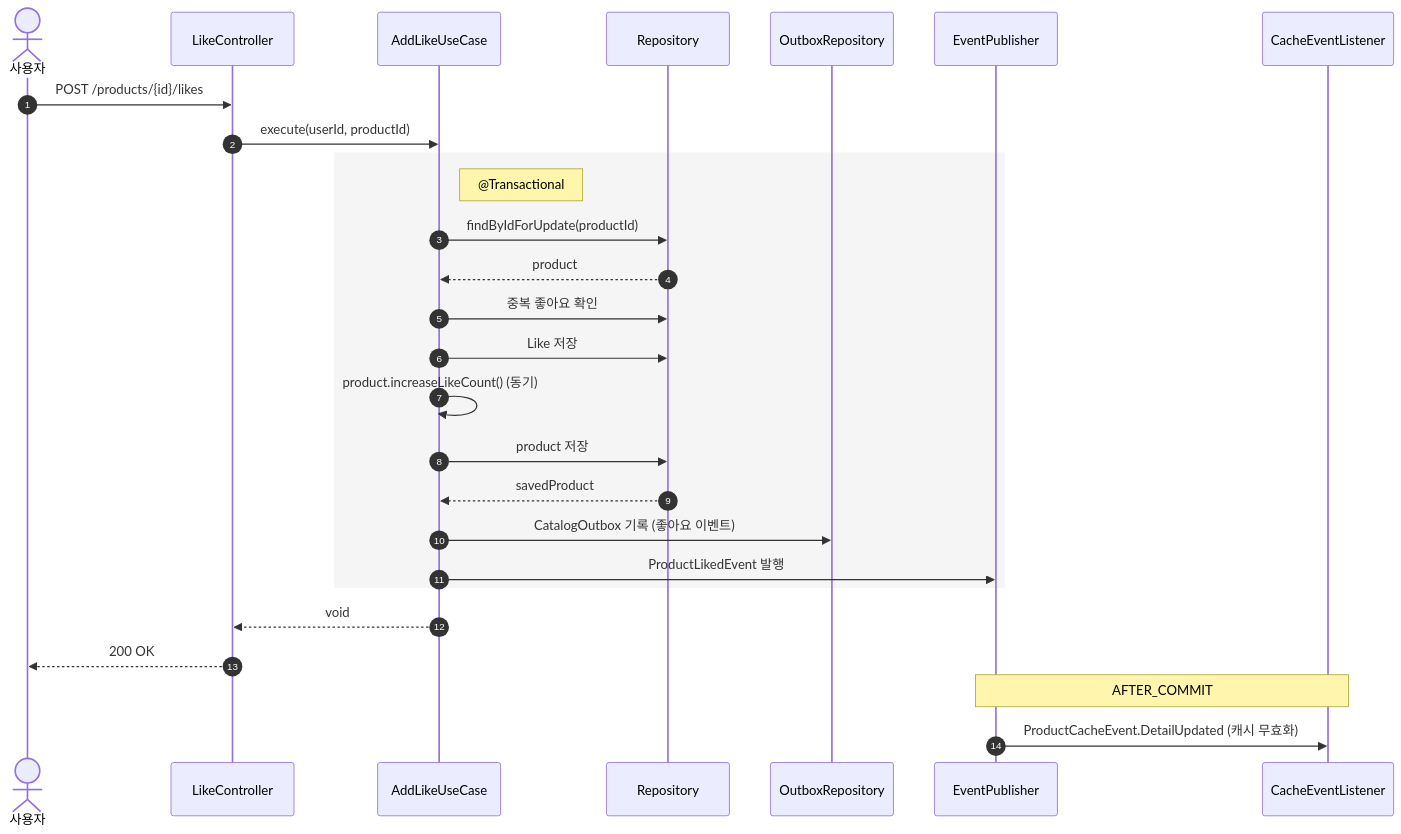
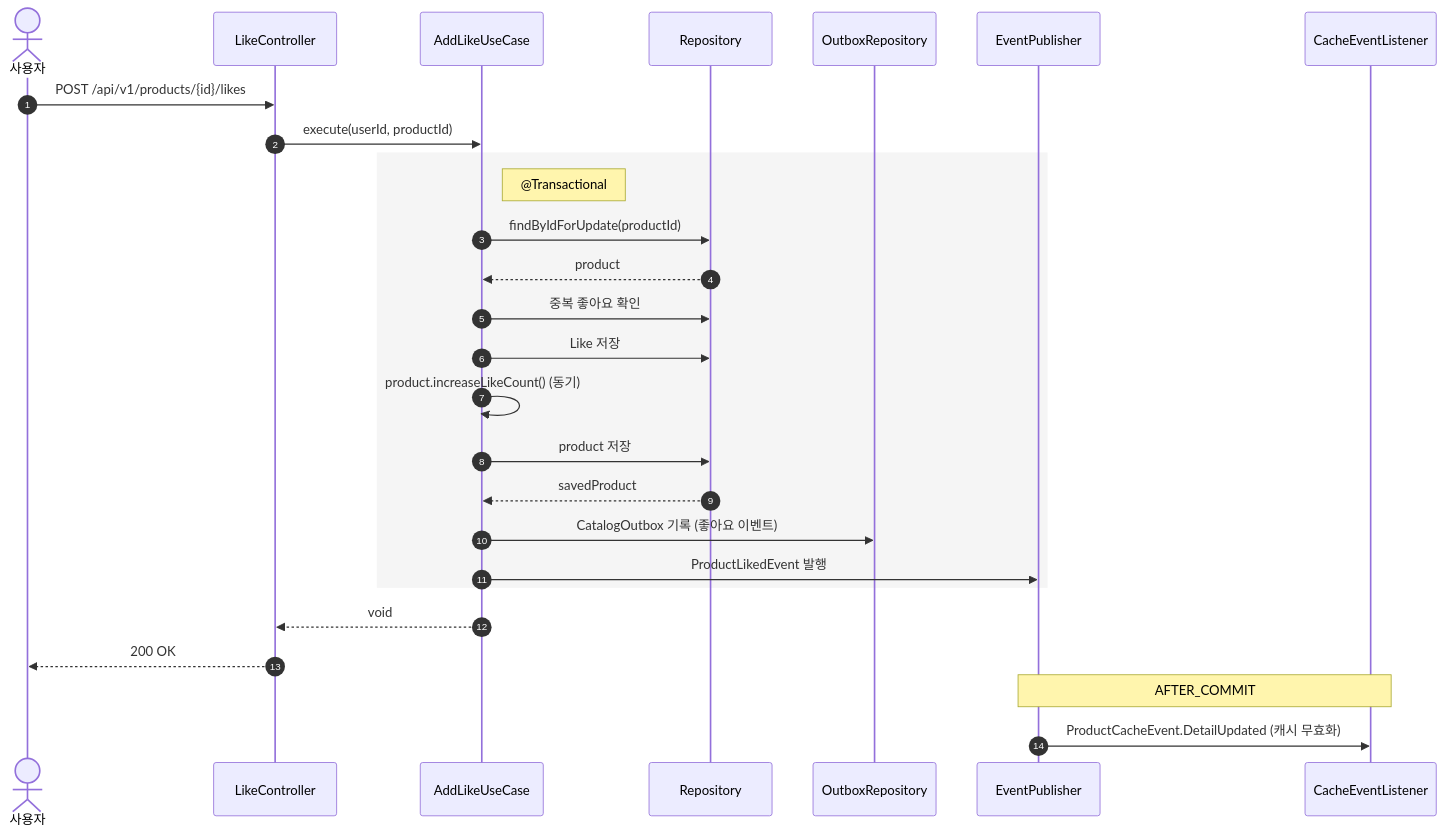
One commit to Loopers-dev-lab/loop-pack-be-l2-vol3-kotlin changed diagram 38 of 44 in docs/design/02-sequence-diagrams.md. Above: the diagram before and after it, drawn with Mermaid. The commit also changed other lines of this file and 14 other files, not shown here.

````diff
--- a/docs/design/02-sequence-diagrams.md
+++ b/docs/design/02-sequence-diagrams.md
@@ -1292,33 +1292,33 @@
 ```mermaid
 sequenceDiagram
     autonumber
     actor User as 사용자
     participant C as LikeController
     participant UC as AddLikeUseCase
     participant R as Repository
     participant OR as OutboxRepository
     participant EP as EventPublisher
     participant EL as CacheEventListener
 
-    User ->> C: POST /products/{id}/likes
+    User ->> C: POST /api/v1/products/{id}/likes
     C ->> UC: execute(userId, productId)
 
     rect rgb(245, 245, 245)
         Note right of UC: @Transactional
         UC ->> R: findByIdForUpdate(productId)
         R -->> UC: product
         UC ->> R: 중복 좋아요 확인
         UC ->> R: Like 저장
         UC ->> UC: product.increaseLikeCount() (동기)
         UC ->> R: product 저장
         R -->> UC: savedProduct
         UC ->> OR: CatalogOutbox 기록 (좋아요 이벤트)
         UC ->> EP: ProductLikedEvent 발행
     end
 
     UC -->> C: void
     C -->> User: 200 OK
 
     Note over EP, EL: AFTER_COMMIT
     EP ->> EL: ProductCacheEvent.DetailUpdated (캐시 무효화)
 ```
````
